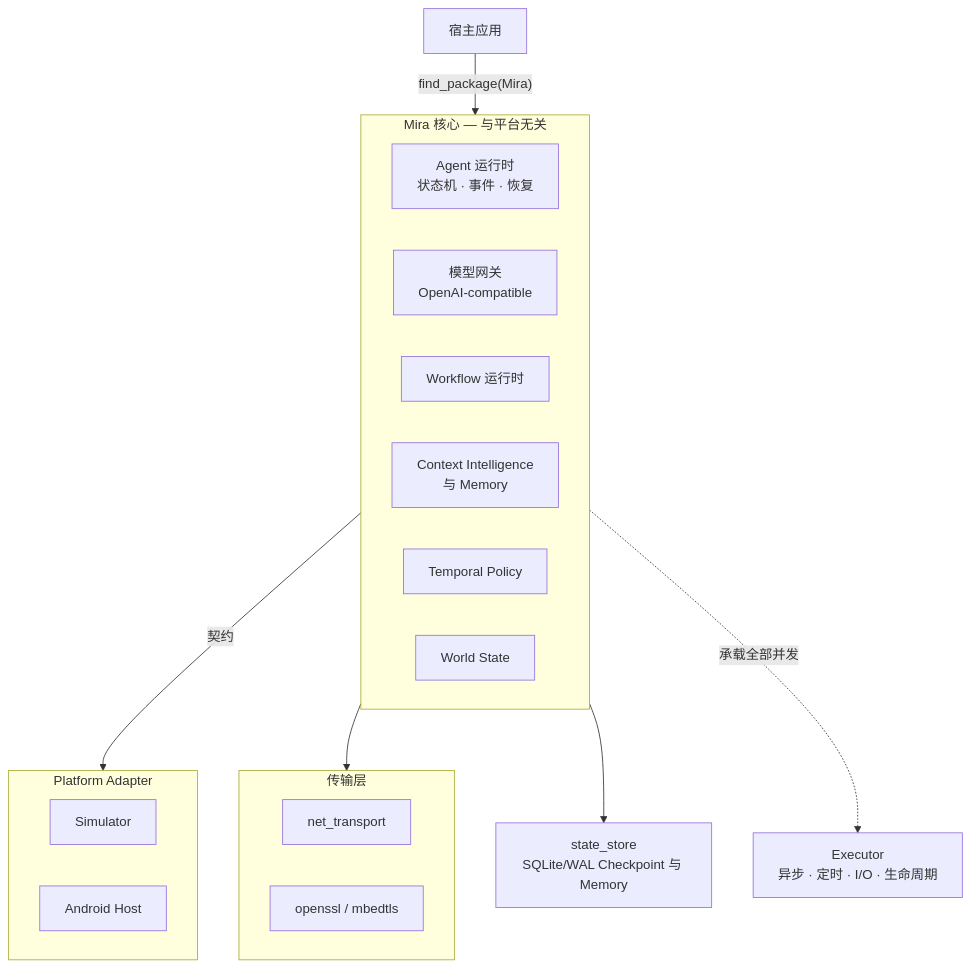
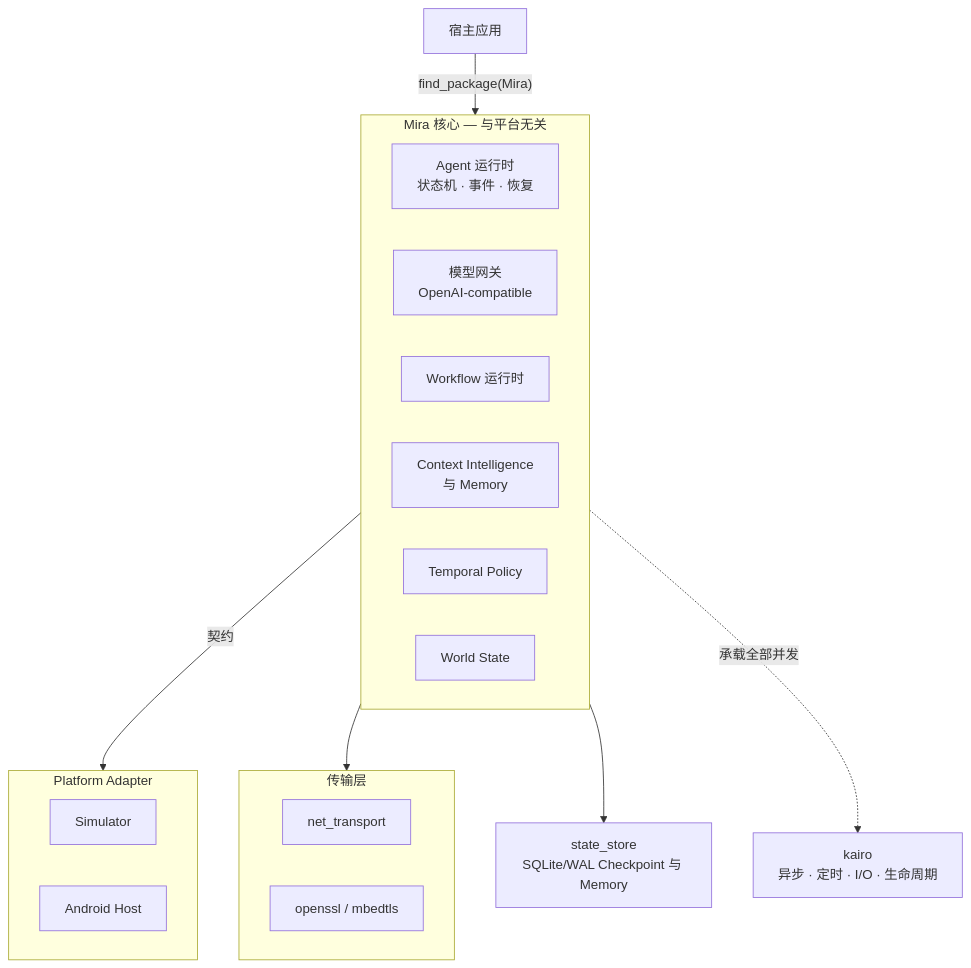
The diagram in README_zh.md (Linductor-alkaid/mira), drawn with Mermaid before and after one commit. The commit also changed other lines of this file and 98 other files, not shown here.

````diff
--- a/README_zh.md
+++ b/README_zh.md
@@ -34,33 +34,33 @@
 ```mermaid
 flowchart TB
     app["宿主应用"]
 
     subgraph core["Mira 核心 — 与平台无关"]
         direction LR
         loop["Agent 运行时<br/>状态机 · 事件 · 恢复"]
         model["模型网关<br/>OpenAI-compatible"]
         wf["Workflow 运行时"]
         ctx["Context Intelligence<br/>与 Memory"]
         tp["Temporal Policy"]
         ws["World State"]
     end
 
     subgraph adapters["Platform Adapter"]
         sim["Simulator"]
         android["Android Host"]
     end
 
     subgraph transports["传输层"]
         net["net_transport"]
         tls["openssl / mbedtls"]
     end
 
     store["state_store<br/>SQLite/WAL Checkpoint 与 Memory"]
-    exec["Executor<br/>异步 · 定时 · I/O · 生命周期"]
+    exec["kairo<br/>异步 · 定时 · I/O · 生命周期"]
 
     app -->|"find_package(Mira)"| core
     core -->|"契约"| adapters
     model --> transports
     core --> store
     core -.->|"承载全部并发"| exec
 ```
````
